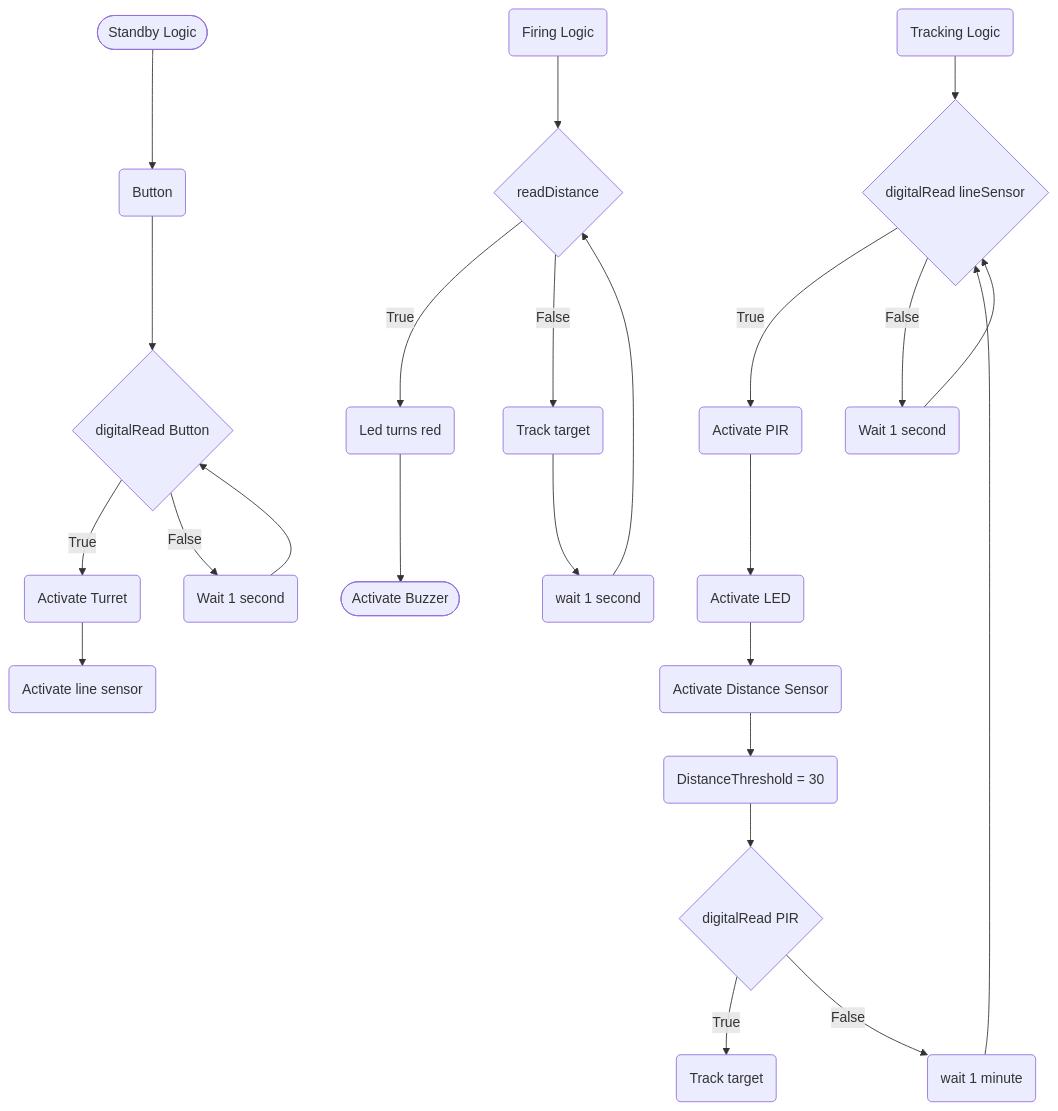
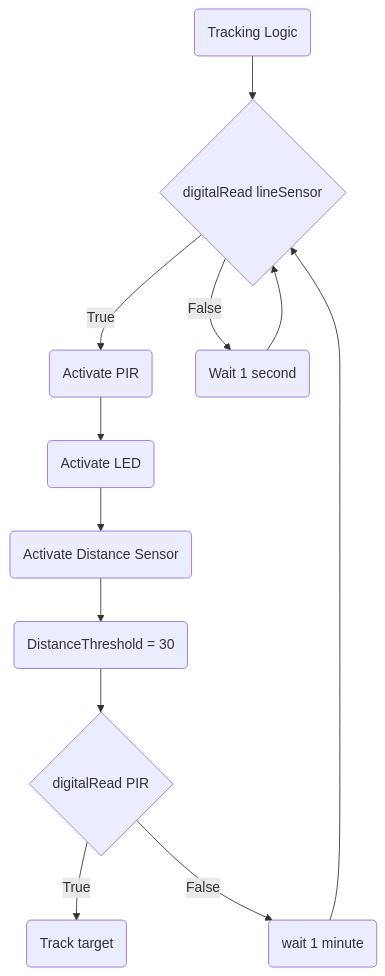
Before and after one commit to Zac2259/Smart-Turret: the second of 3 diagrams in logic.md, drawn with Mermaid.

````diff
--- a/logic.md
+++ b/logic.md
@@ -3,52 +21,25 @@
- ```mermaid
- flowchart TD
- %%standby logic
-terminalStart([Standby Logic])
- terminalEnd([Activate Buzzer])
- Button(Button)
-Buttontrigger{digitalRead Button}
-activateturret(Activate Turret)
-activatesensor(Activate line sensor)
-loop(Wait 1 second)
+```mermaid
+flowchart TD
 %%Tracking logic
 Tracking(Tracking Logic)
 Readline{digitalRead lineSensor}
 activatepir(Activate PIR)
 activatedistance(Activate Distance Sensor)
 activateLED(Activate LED)
 loop2(Wait 1 second)
 distance(DistanceThreshold = 30)
 ReadPIR{digitalRead PIR}
 track(Track target)
 loop3(wait 1 minute)
-%%Firing
-firelogic(Firing Logic)
-readdistance{readDistance}
-fire(Led turns red)
-Keeptrack(Track target)
-loop4(wait 1 second)
-terminalStart --> Button
-Button --> Buttontrigger
-Buttontrigger --> |True| activateturret
-activateturret --> activatesensor
-Buttontrigger --> |False| loop
-loop -->Buttontrigger
 Tracking --> Readline
 Readline --> |True| activatepir
 activatepir --> activateLED
 Readline --> |False| loop2
 loop2 --> Readline
 activateLED --> activatedistance
 activatedistance --> distance
 distance --> ReadPIR
 ReadPIR --> |True| track
 ReadPIR --> |False| loop3
 loop3 --> Readline
-firelogic --> readdistance
-readdistance --> |True| fire
-fire --> terminalEnd
-readdistance --> |False| Keeptrack
-Keeptrack --> loop4 
-loop4 --> readdistance
-
- ```
+```
````
